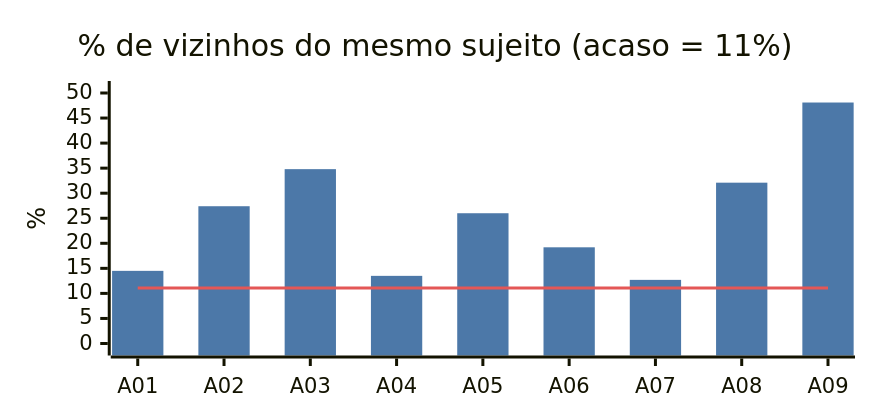
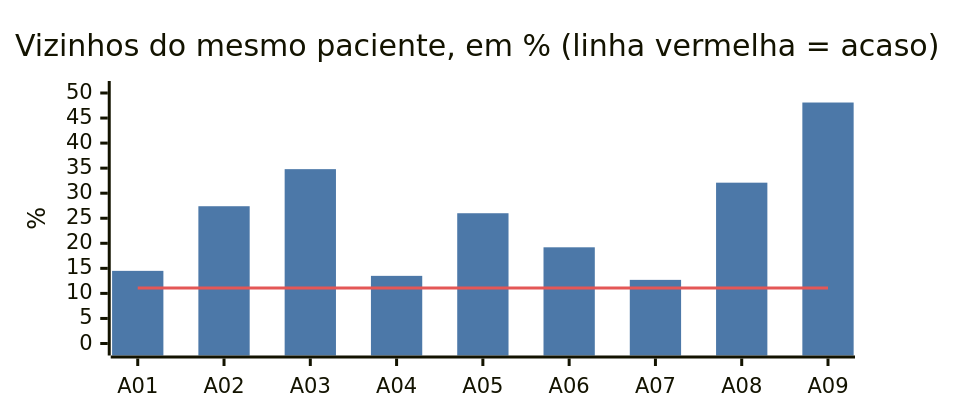
Before and after one commit to kafb04/data-engineering-multimodal-ai: the ninth of 10 diagrams in README.md, drawn with Mermaid. The commit also changed other lines of this file, not shown here.

````diff
--- a/README.md
+++ b/README.md
@@ -229,17 +316,17 @@
 ```mermaid
 ---
 config:
   xyChart:
     width: 560
     height: 260
   themeVariables:
     xyChart:
       plotColorPalette: "#4C78A8, #E45756"
 ---
 xychart-beta
-    title "% de vizinhos do mesmo sujeito (acaso = 11%)"
+    title "Vizinhos do mesmo paciente, em % (linha vermelha = acaso)"
     x-axis [A01, A02, A03, A04, A05, A06, A07, A08, A09]
     y-axis "%" 0 --> 50
     bar [14.5, 27.4, 34.8, 13.5, 26.0, 19.2, 12.7, 32.1, 48.1]
     line [11.1, 11.1, 11.1, 11.1, 11.1, 11.1, 11.1, 11.1, 11.1]
 ```
````
